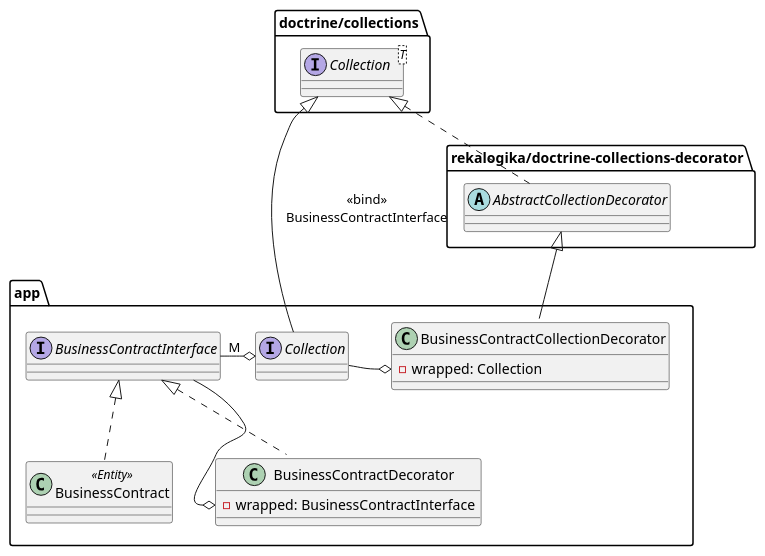
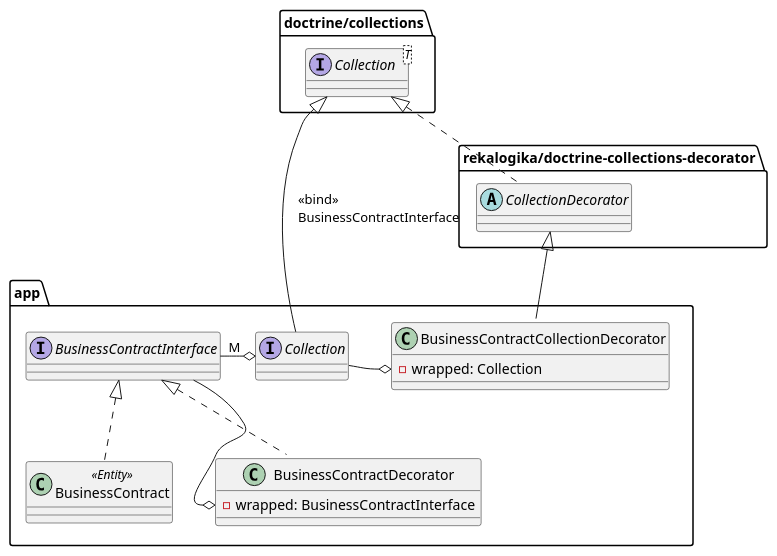
Before and after one commit to rekalogika/rekalogika.dev: the diagram in diagrams/decorating-members.wsd, drawn with PlantUML. The commit also changed 13 other files, not shown here.

```diff
--- a/diagrams/decorating-members.wsd
+++ b/diagrams/decorating-members.wsd
@@ -1,42 +1,42 @@
 @startuml decorating-members
 
 package "doctrine/collections" {
     interface Collection<T> {
     }
 }
 
 package "rekalogika/doctrine-collections-decorator" {
-    abstract AbstractCollectionDecorator {
+    abstract CollectionDecorator {
     }
 }
 
-Collection <|.. AbstractCollectionDecorator
+Collection <|.. CollectionDecorator
 
 package "app" {
     interface BusinessContractInterface {
     }
 
     class BusinessContract <<Entity>> implements BusinessContractInterface {
     }
 
     class BusinessContractDecorator implements BusinessContractInterface {
         - wrapped: BusinessContractInterface
     }
 
     BusinessContractDecorator::wrapped o-- BusinessContractInterface
 
     interface CollectionOfBusinessContracts as "Collection" {
     }
 
     class BusinessContractCollectionDecorator {
         - wrapped: Collection
     }
 
     CollectionOfBusinessContracts -o BusinessContractCollectionDecorator::wrapped
     BusinessContractInterface "M" -o CollectionOfBusinessContracts
 }
 
-AbstractCollectionDecorator <|-- BusinessContractCollectionDecorator
-Collection <|-- CollectionOfBusinessContracts : <<bind>>\nBusinessContractInterface
+CollectionDecorator <|-- BusinessContractCollectionDecorator
+Collection <|-- CollectionOfBusinessContracts : <<bind>>\lBusinessContractInterface
 
 @enduml
```
